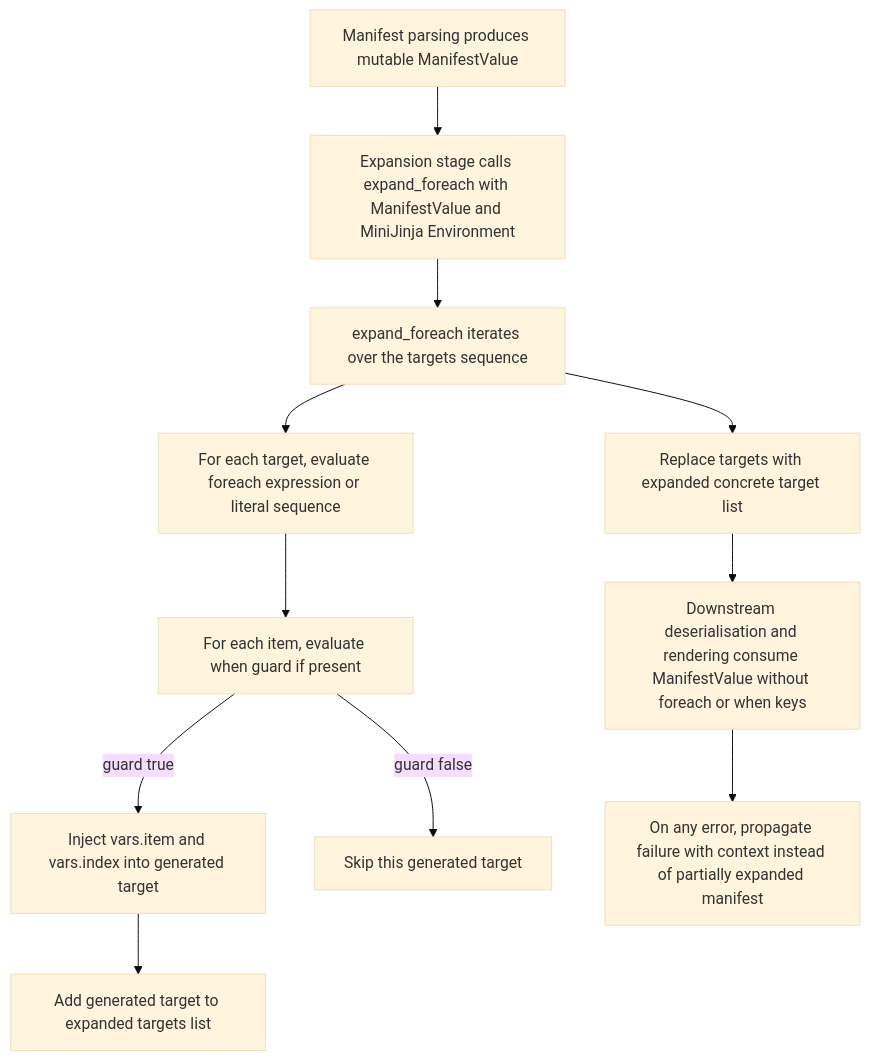
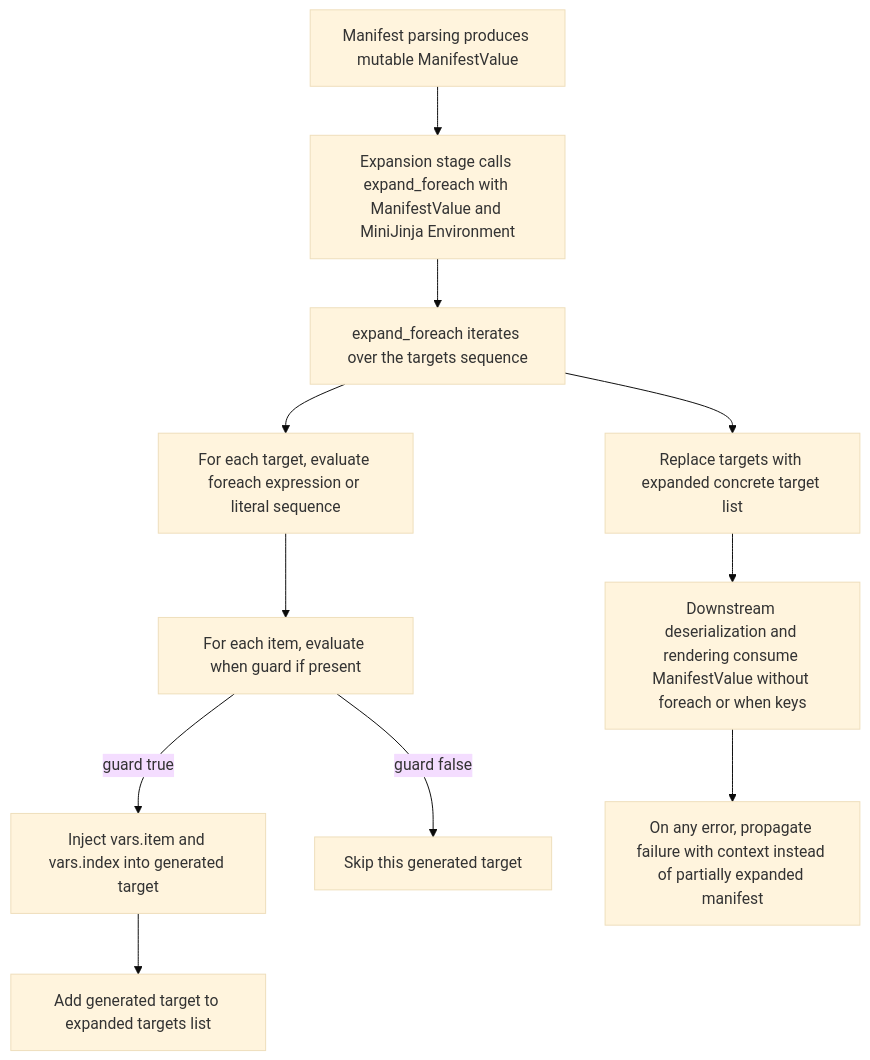
Before and after one commit to leynos/netsuke: the third of 13 diagrams in docs/netsuke-design.md, drawn with Mermaid (base theme).

Commit message:
Fix diagram deserialization spelling
Use the project-standard spelling in the manifest expansion flowchart node.

````diff
--- a/docs/netsuke-design.md
+++ b/docs/netsuke-design.md
@@ -450,14 +450,14 @@
 ```mermaid
 flowchart TD
     A[Manifest parsing produces mutable ManifestValue] --> B
     B[Expansion stage calls expand_foreach with ManifestValue and MiniJinja Environment]
     B --> C[expand_foreach iterates over the targets sequence]
     C --> D[For each target, evaluate foreach expression or literal sequence]
     D --> E[For each item, evaluate when guard if present]
     E -->|guard true| F[Inject vars.item and vars.index into generated target]
     F --> G[Add generated target to expanded targets list]
     E -->|guard false| H[Skip this generated target]
     C --> I[Replace targets with expanded concrete target list]
-    I --> J[Downstream deserialisation and rendering consume ManifestValue without foreach or when keys]
+    I --> J[Downstream deserialization and rendering consume ManifestValue without foreach or when keys]
     J --> K[On any error, propagate failure with context instead of partially expanded manifest]
 ```
````
